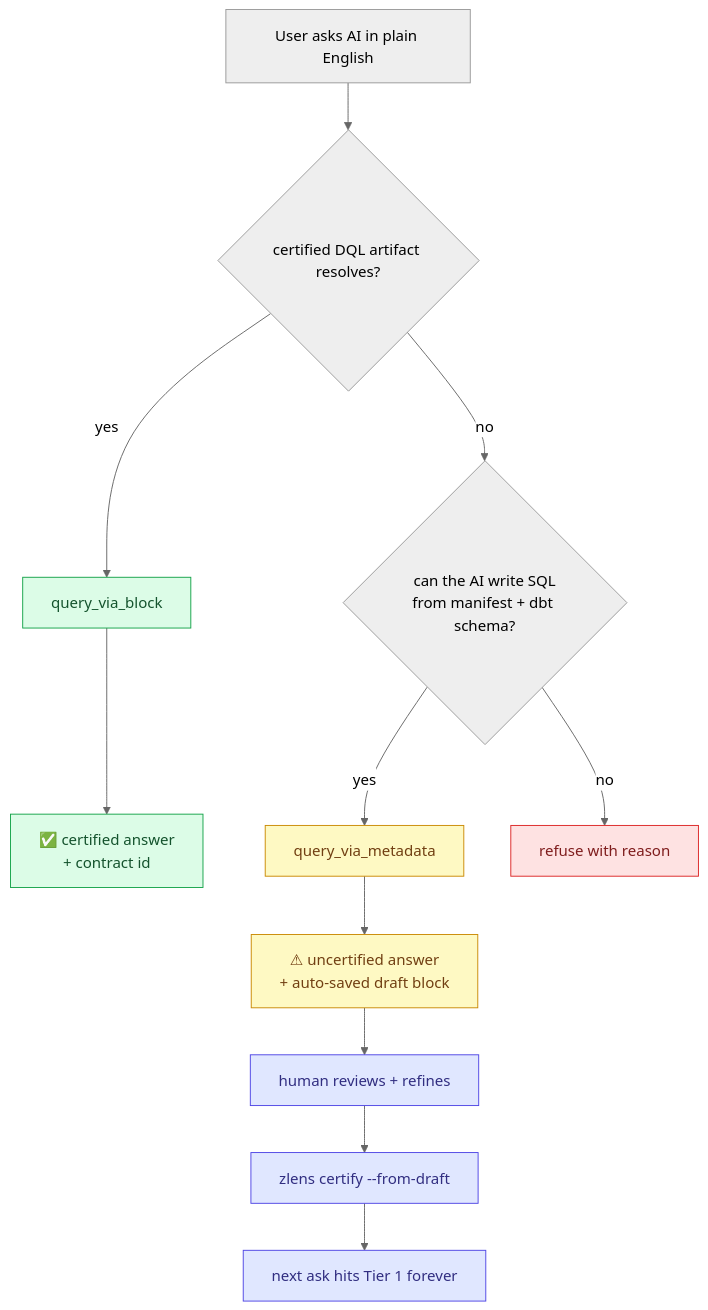
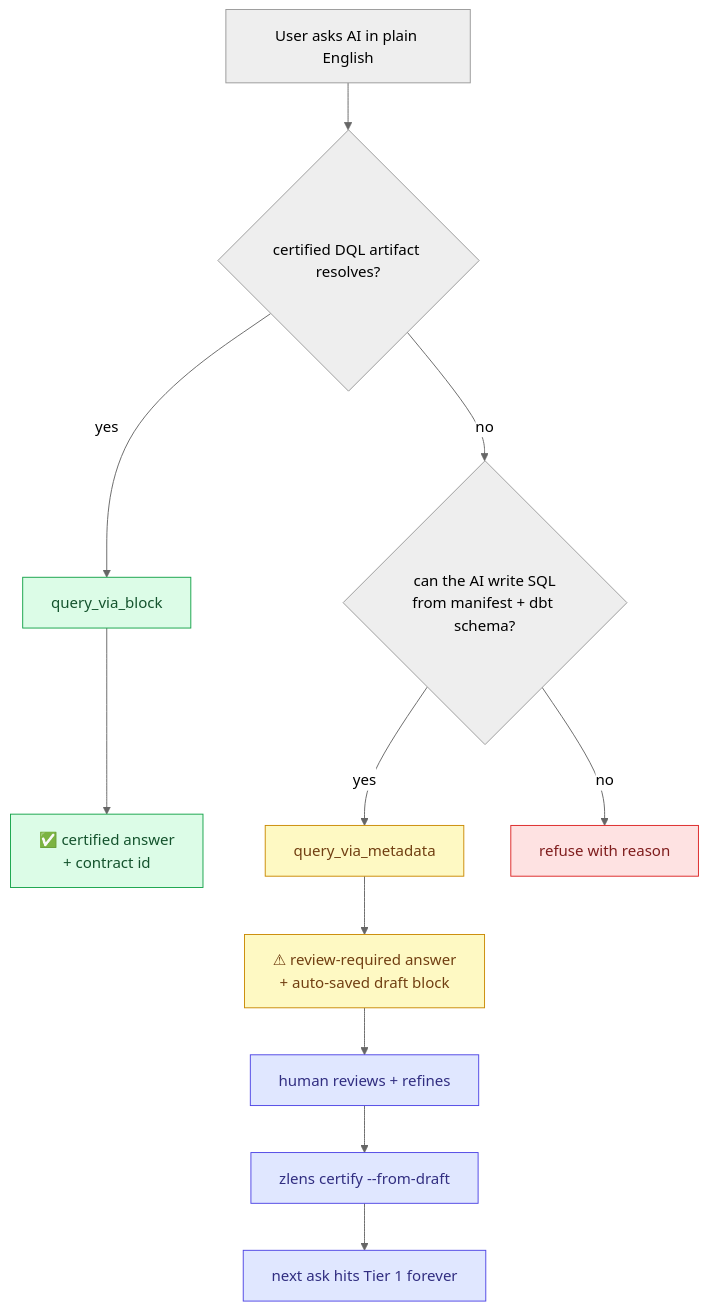
Before and after one commit to duckcode-ai-labs/dql: the diagram in docs/architecture/graduated-trust.md, drawn with Mermaid (neutral theme). The commit also changed other lines of this file and 49 other files, not shown here.

First line of the commit message:
fix(trust): saving never certifies; one trust state per App; review-required answers leave a draft (#94)

````diff
--- a/docs/architecture/graduated-trust.md
+++ b/docs/architecture/graduated-trust.md
@@ -13,32 +13,32 @@
 ```mermaid
 flowchart TD
     Ask[User asks AI in plain English]
     T1{certified DQL artifact resolves?}
     T1Tool[query_via_block]
     T1Out["✅ certified answer<br/>+ contract id"]
 
     T2{can the AI write SQL<br/>from manifest + dbt schema?}
     T2Tool[query_via_metadata]
-    T2Out["⚠ uncertified answer<br/>+ auto-saved draft block"]
+    T2Out["⚠ review-required answer<br/>+ auto-saved draft block"]
 
     T3Out[refuse with reason]
 
     Review[human reviews + refines]
     Promote["zlens certify --from-draft"]
     Done[next ask hits Tier 1 forever]
 
     Ask --> T1
     T1 -- yes --> T1Tool --> T1Out
     T1 -- no --> T2
     T2 -- yes --> T2Tool --> T2Out --> Review --> Promote --> Done
     T2 -- no --> T3Out
 
     classDef tier1 fill:#dcfce7,stroke:#16a34a,color:#14532d
     classDef tier2 fill:#fef9c3,stroke:#ca8a04,color:#713f12
     classDef tier3 fill:#fee2e2,stroke:#dc2626,color:#7f1d1d
     classDef loop fill:#e0e7ff,stroke:#4f46e5,color:#312e81
     class T1Tool,T1Out tier1
     class T2Tool,T2Out tier2
     class T3Out tier3
     class Review,Promote,Done loop
 ```
````
